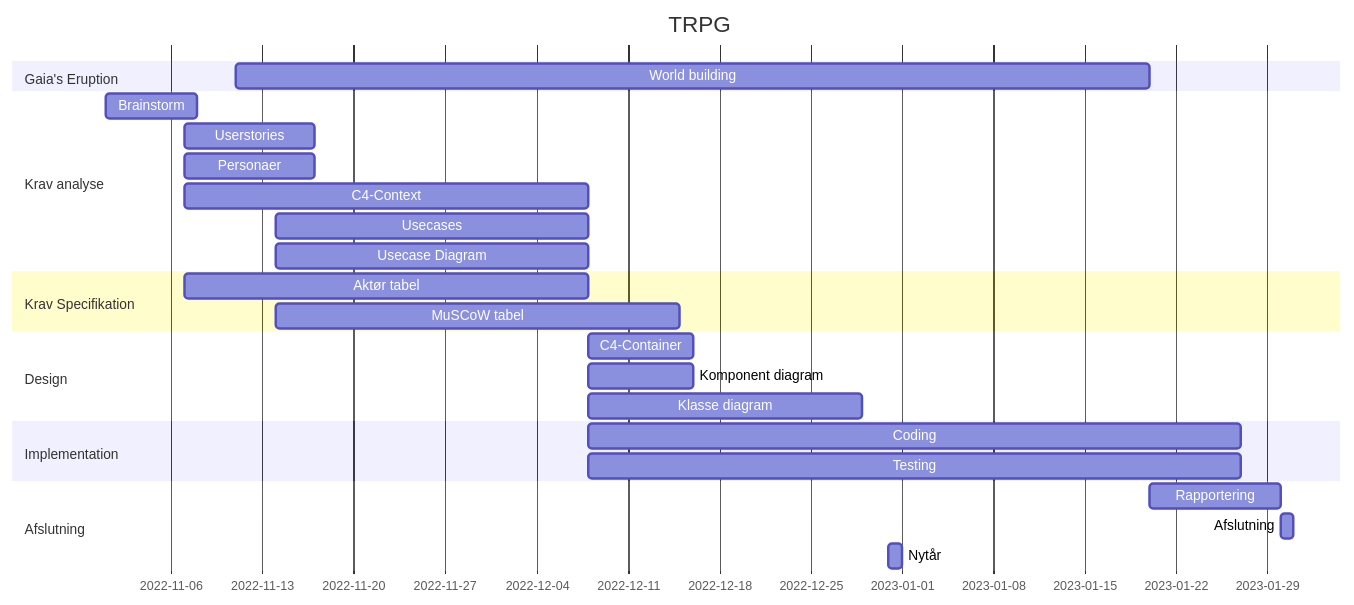
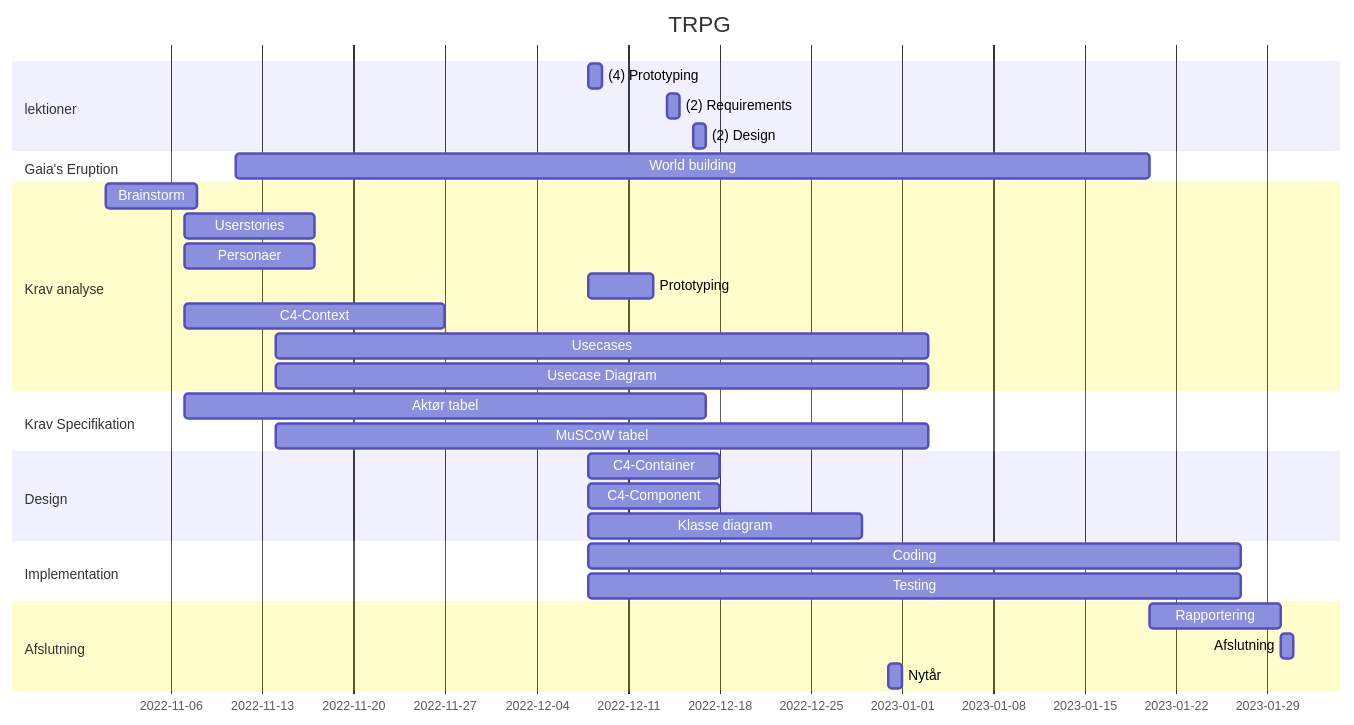
Before and after one commit to Jesper-Hansenberg/TRPG: the diagram in README.md, drawn with Mermaid. The commit also changed other lines of this file and 8 other files, not shown here.

````diff
--- a/README.md
+++ b/README.md
@@ -73,34 +96,40 @@
 ```mermaid
 gantt
     title TRPG
     dateFormat  YYYY-MM-DD
+    section lektioner
+      (4) Prototyping     : 2022-12-08, 1d 
+      (2) Requirements    : 2022-12-14, 1d 
+      (2) Design          : 2022-12-16, 1d 
+
     section Gaia's Eruption
       World building  :2022-11-11, 70d
 
     section Krav analyse
       Brainstorm      :2022-11-01, 7d
       Userstories     :2022-11-07, 10d
       Personaer       :2022-11-07, 10d
-      C4-Context      :2022-11-07, 31d
-      Usecases        :2022-11-14, 24d
-      Usecase Diagram :2022-11-14, 24d
+      Prototyping     :2022-12-08, 5d
+      C4-Context      :2022-11-07, 20d
+      Usecases        :2022-11-14, 50d
+      Usecase Diagram :2022-11-14, 50d
 
     section Krav Specifikation
-      Aktør tabel     :2022-11-07, 31d
-      MuSCoW tabel    :2022-11-14, 31d
+      Aktør tabel     :2022-11-07, 40d
+      MuSCoW tabel    :2022-11-14, 50d
 
     section Design
-      C4-Container      :2022-12-08, 8d
-      Komponent diagram :2022-12-08, 8d
+      C4-Container      :2022-12-08, 10d
+      C4-Component      :2022-12-08, 10d
       Klasse diagram    :2022-12-08, 21d
     
     section Implementation
       Coding            :2022-12-08, 50d
       Testing           :2022-12-08, 50d
 
     section Afslutning
       Rapportering              :2023-01-20, 10d
       Afslutning                :2023-01-30, 1d
       Nytår                     :2022-12-31, 1d
 
 ```
````
